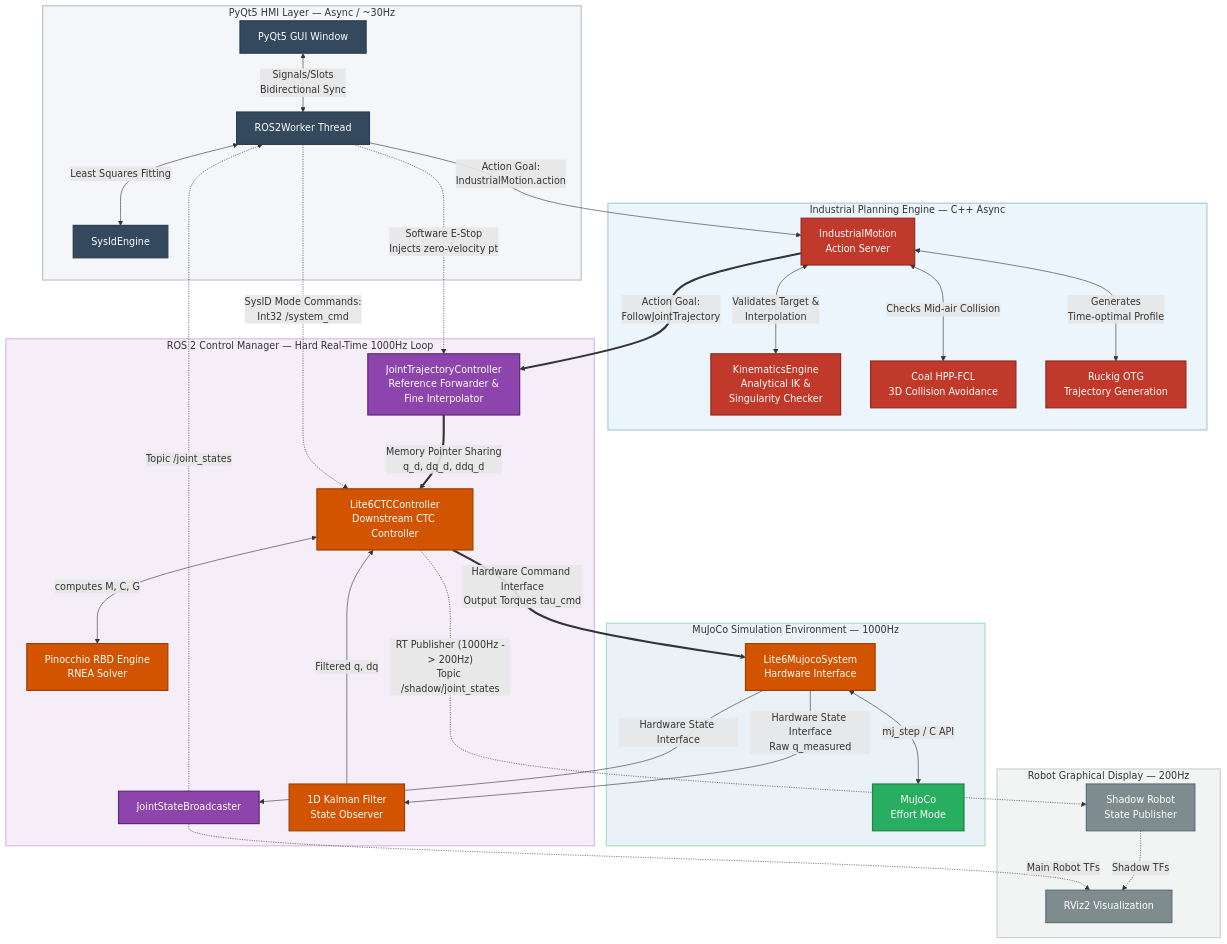
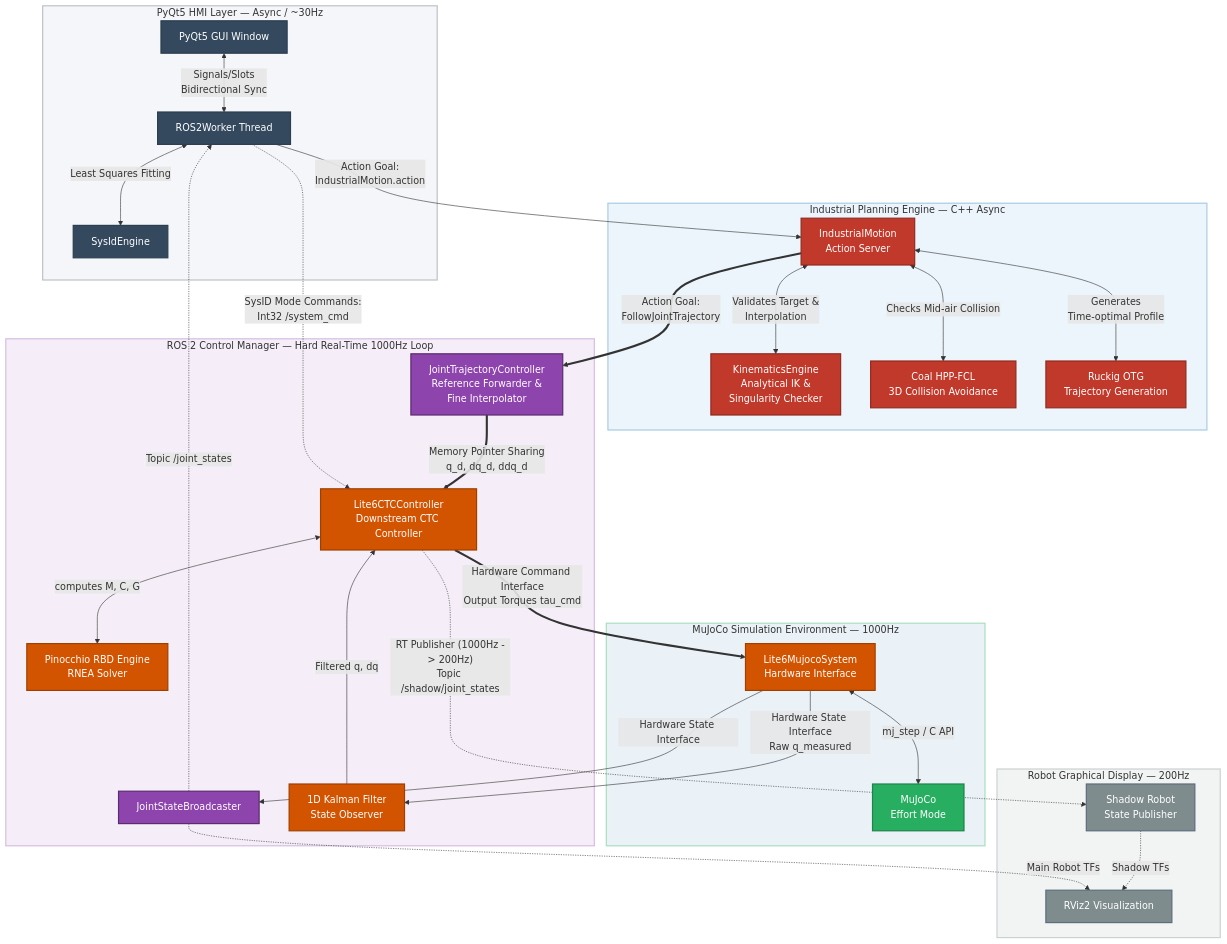
One commit to Tianyi-Wang-1206/Deterministic-Motion-Planning-and-Dynamics-Control-Framework-for-Lightweight-6-Axis-Robotic-Arms changed the diagram in README.md. Above: the diagram before and after it, drawn with Mermaid.

```diff
--- a/README.md
+++ b/README.md
@@ -98,7 +98,6 @@
     %% System Connections (Data Flow)
     Worker -->|Action Goal:<br/>IndustrialMotion.action| Action
     Action ==>|Action Goal:<br/>FollowJointTrajectory| JTC
-    Worker -.->|Software E-Stop<br/>Injects zero-velocity pt| JTC
     
     %% CTC Inputs & Outputs
     HW -->|Hardware State Interface<br/>Raw q_measured| KF
```
